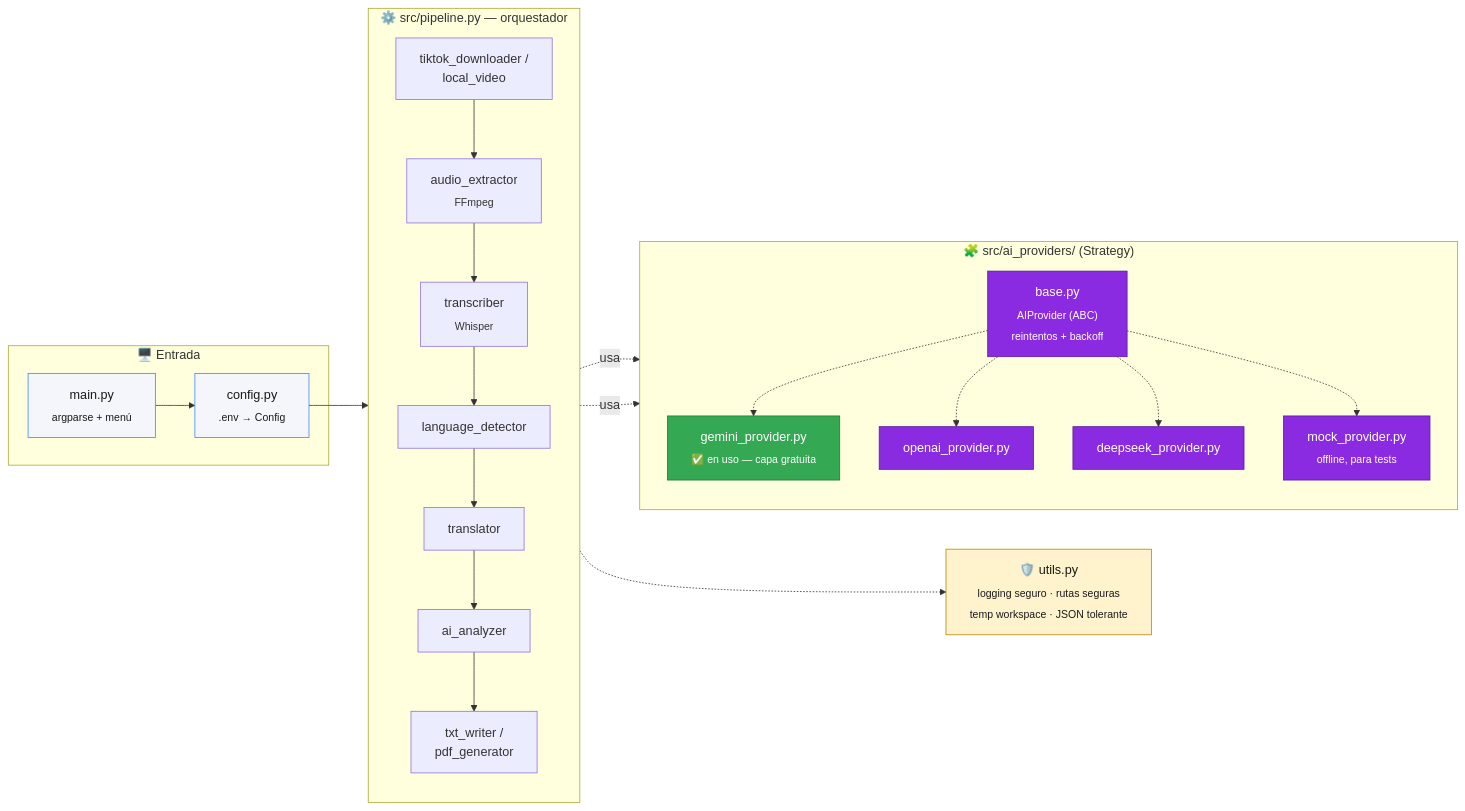
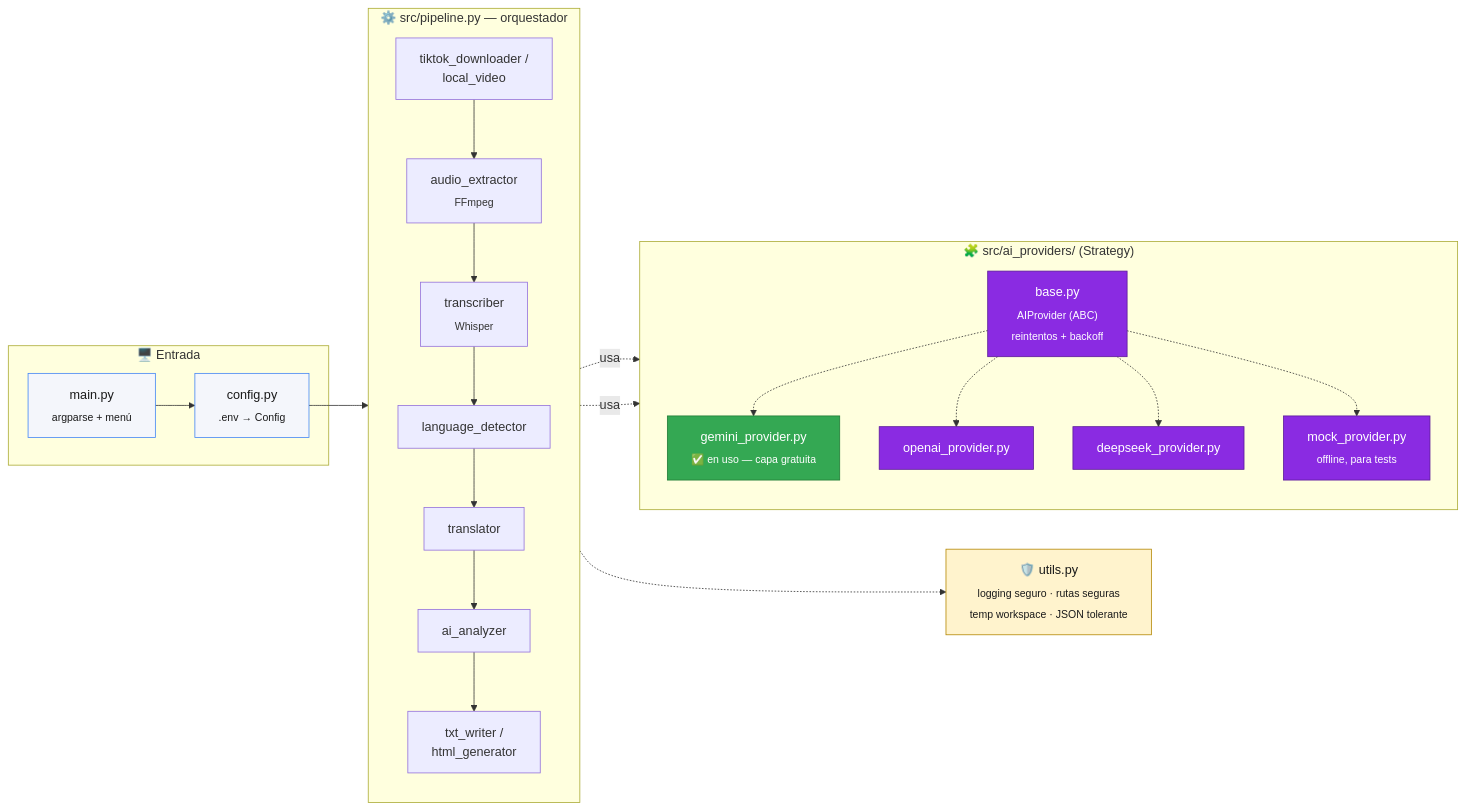
The second of 2 diagrams in README.md (Javier3921/Extractor_texto_tiktok), drawn with Mermaid before and after one commit. The commit also changed other lines of this file and 15 other files, not shown here.

````diff
--- a/README.md
+++ b/README.md
@@ -296,47 +297,47 @@
 ```mermaid
 flowchart LR
     subgraph CLI["🖥️ Entrada"]
         M["main.py<br/><sub>argparse + menú</sub>"]
         CFG["config.py<br/><sub>.env → Config</sub>"]
     end
 
     subgraph PIPE["⚙️ src/pipeline.py — orquestador"]
         direction TB
         S1["tiktok_downloader /<br/>local_video"]
         S2["audio_extractor<br/><sub>FFmpeg</sub>"]
         S3["transcriber<br/><sub>Whisper</sub>"]
         S4["language_detector"]
         S5["translator"]
         S6["ai_analyzer"]
-        S7["txt_writer /<br/>pdf_generator"]
+        S7["txt_writer /<br/>html_generator"]
         S1 --> S2 --> S3 --> S4 --> S5 --> S6 --> S7
     end
 
     subgraph AI["🧩 src/ai_providers/ (Strategy)"]
         BASE["base.py<br/><sub>AIProvider (ABC)<br/>reintentos + backoff</sub>"]
         GEM["gemini_provider.py<br/><sub>✅ en uso — capa gratuita</sub>"]
         OAI["openai_provider.py"]
         DS["deepseek_provider.py"]
         MOCK["mock_provider.py<br/><sub>offline, para tests</sub>"]
         BASE -.-> GEM
         BASE -.-> OAI
         BASE -.-> DS
         BASE -.-> MOCK
     end
 
     UTILS["🛡️ utils.py<br/><sub>logging seguro · rutas seguras<br/>temp workspace · JSON tolerante</sub>"]
 
     M --> CFG --> PIPE
     S5 -.usa.-> AI
     S6 -.usa.-> AI
     PIPE -.-> UTILS
 
     classDef entrada fill:#f4f6fb,stroke:#4285F4,color:#1a1a1a
     classDef ia fill:#8A2BE2,stroke:#5b1a99,color:#fff
     classDef activo fill:#34A853,stroke:#1e7a34,color:#fff
     classDef util fill:#fff3cd,stroke:#b38600,color:#1a1a1a
     class M,CFG entrada
     class BASE,OAI,DS,MOCK ia
     class GEM activo
     class UTILS util
 ```
````
